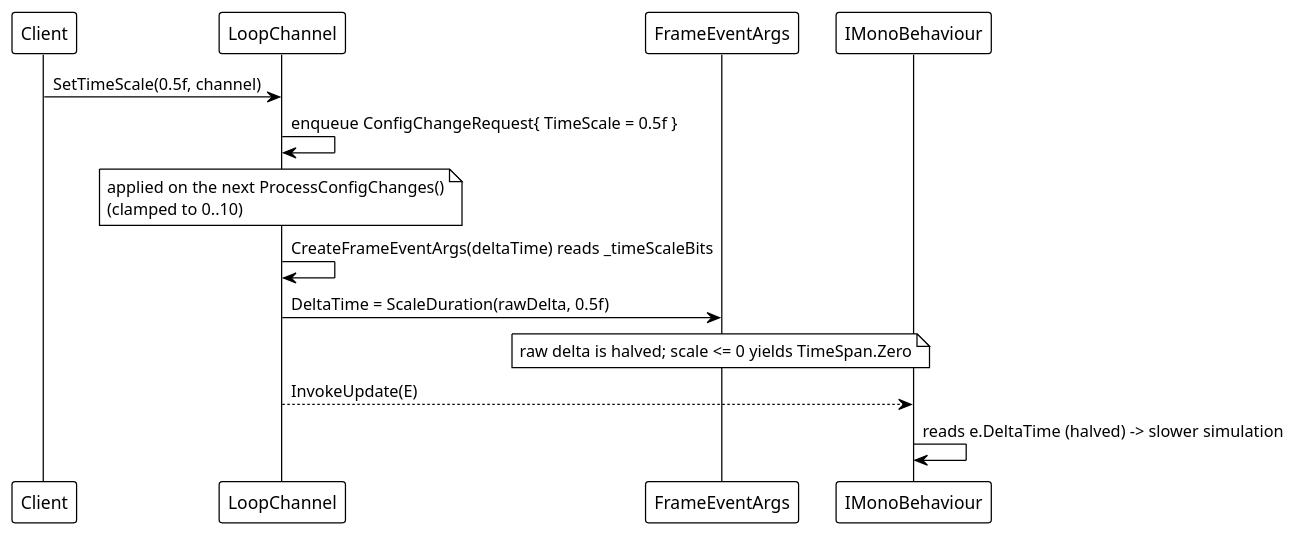
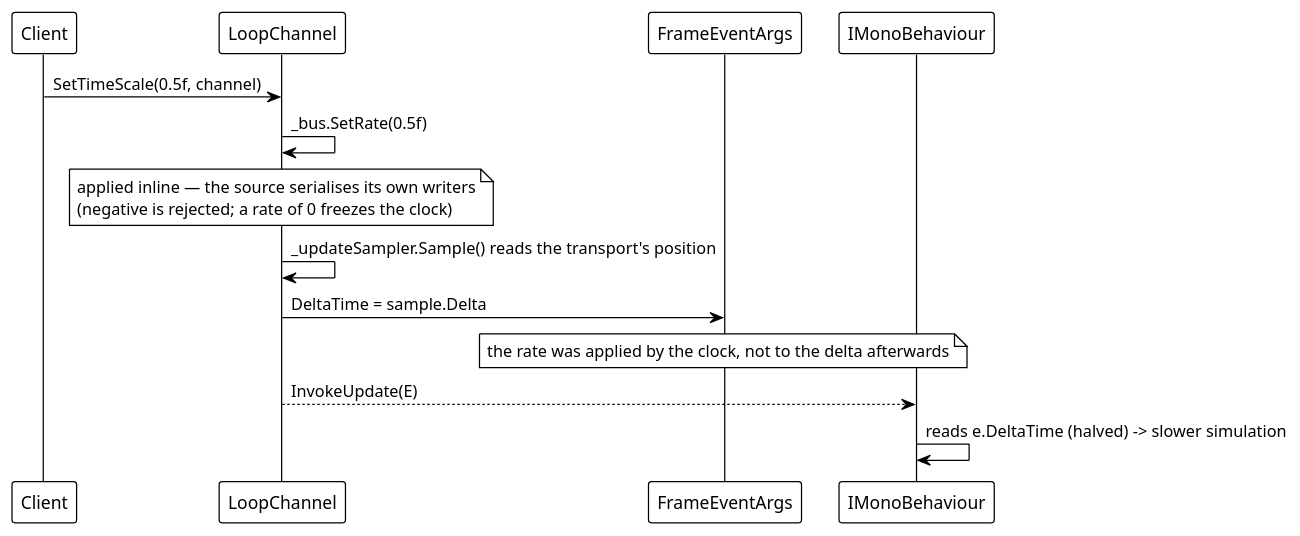
Before and after one commit to Axvser/VeloxDev.Docs: the fourth of 6 diagrams in src/CloudGlyph/Assets/Docs/content/en/3_SE_Analysis/03_data-flow/06_monobehaviour/index.md, drawn with PlantUML. The commit also changed other lines of this file and 37 other files, not shown here.

````diff
--- a/src/CloudGlyph/Assets/Docs/content/en/3_SE_Analysis/03_data-flow/06_monobehaviour/index.md
+++ b/src/CloudGlyph/Assets/Docs/content/en/3_SE_Analysis/03_data-flow/06_monobehaviour/index.md
@@ -157,20 +153,20 @@
 ```plantuml
 @startuml
 !theme plain
 
 participant "Client" as C
 participant "LoopChannel" as L
 participant "FrameEventArgs" as E
 participant "IMonoBehaviour" as B
 
 C -> L: SetTimeScale(0.5f, channel)
-L -> L: enqueue ConfigChangeRequest{ TimeScale = 0.5f }
-note over L: applied on the next ProcessConfigChanges()\n(clamped to 0..10)
+L -> L: _bus.SetRate(0.5f)
+note over L: applied inline — the source serialises its own writers\n(negative is rejected; a rate of 0 freezes the clock)
 
-L -> L: CreateFrameEventArgs(deltaTime) reads _timeScaleBits
-L -> E: DeltaTime = ScaleDuration(rawDelta, 0.5f)
-note over E: raw delta is halved; scale <= 0 yields TimeSpan.Zero
+L -> L: _updateSampler.Sample() reads the transport's position
+L -> E: DeltaTime = sample.Delta
+note over E: the rate was applied by the clock, not to the delta afterwards
 L --> B: InvokeUpdate(E)
 B -> B: reads e.DeltaTime (halved) -> slower simulation
 @enduml
 ```
````
